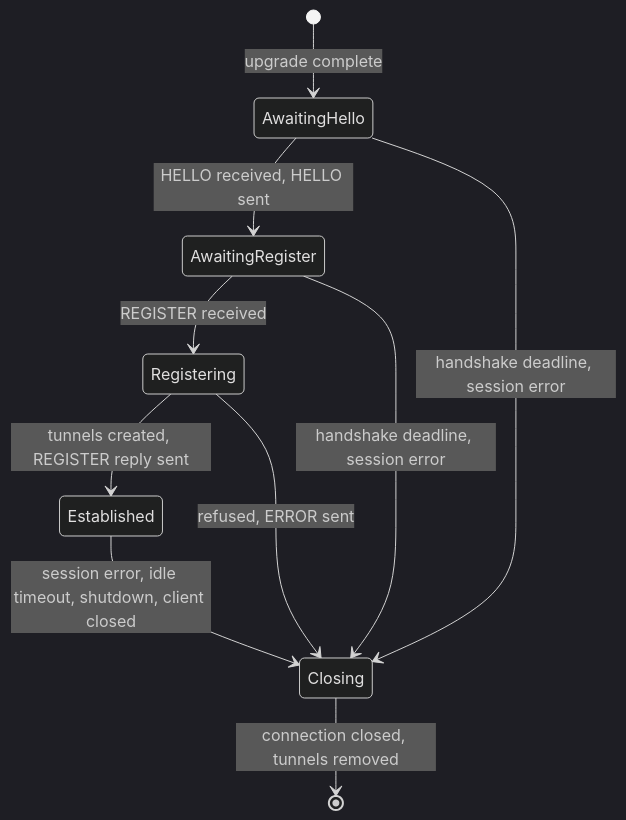
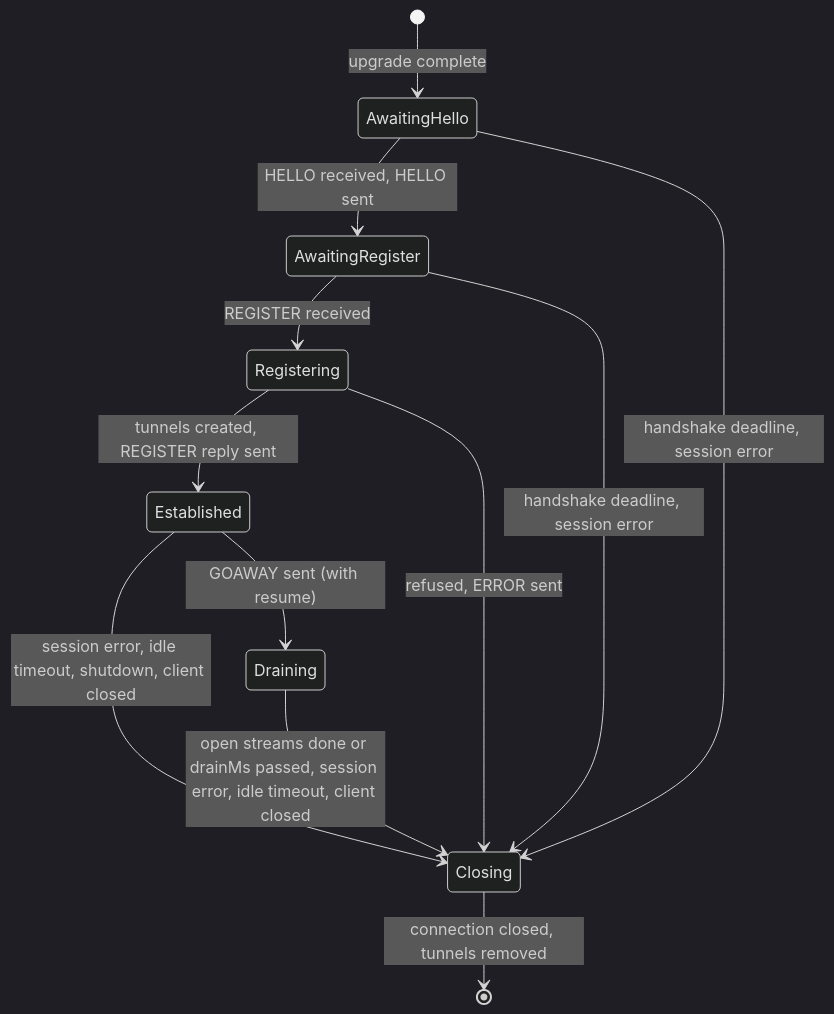
Before and after one commit to Wamitinewton/jburrow: the first of 3 diagrams in docs/protocol.md, drawn with Mermaid (dark theme). The commit also changed other lines of this file and 247 other files, not shown here.

````diff
--- a/docs/protocol.md
+++ b/docs/protocol.md
@@ -1051,12 +1206,14 @@
 ```mermaid
 stateDiagram-v2
     [*] --> AwaitingHello: upgrade complete
     AwaitingHello --> AwaitingRegister: HELLO received, HELLO sent
     AwaitingRegister --> Registering: REGISTER received
     Registering --> Established: tunnels created, REGISTER reply sent
     Registering --> Closing: refused, ERROR sent
     AwaitingHello --> Closing: handshake deadline, session error
     AwaitingRegister --> Closing: handshake deadline, session error
     Established --> Closing: session error, idle timeout, shutdown, client closed
+    Established --> Draining: GOAWAY sent (with resume)
+    Draining --> Closing: open streams done or drainMs passed, session error, idle timeout, client closed
     Closing --> [*]: connection closed, tunnels removed
 ```
````
